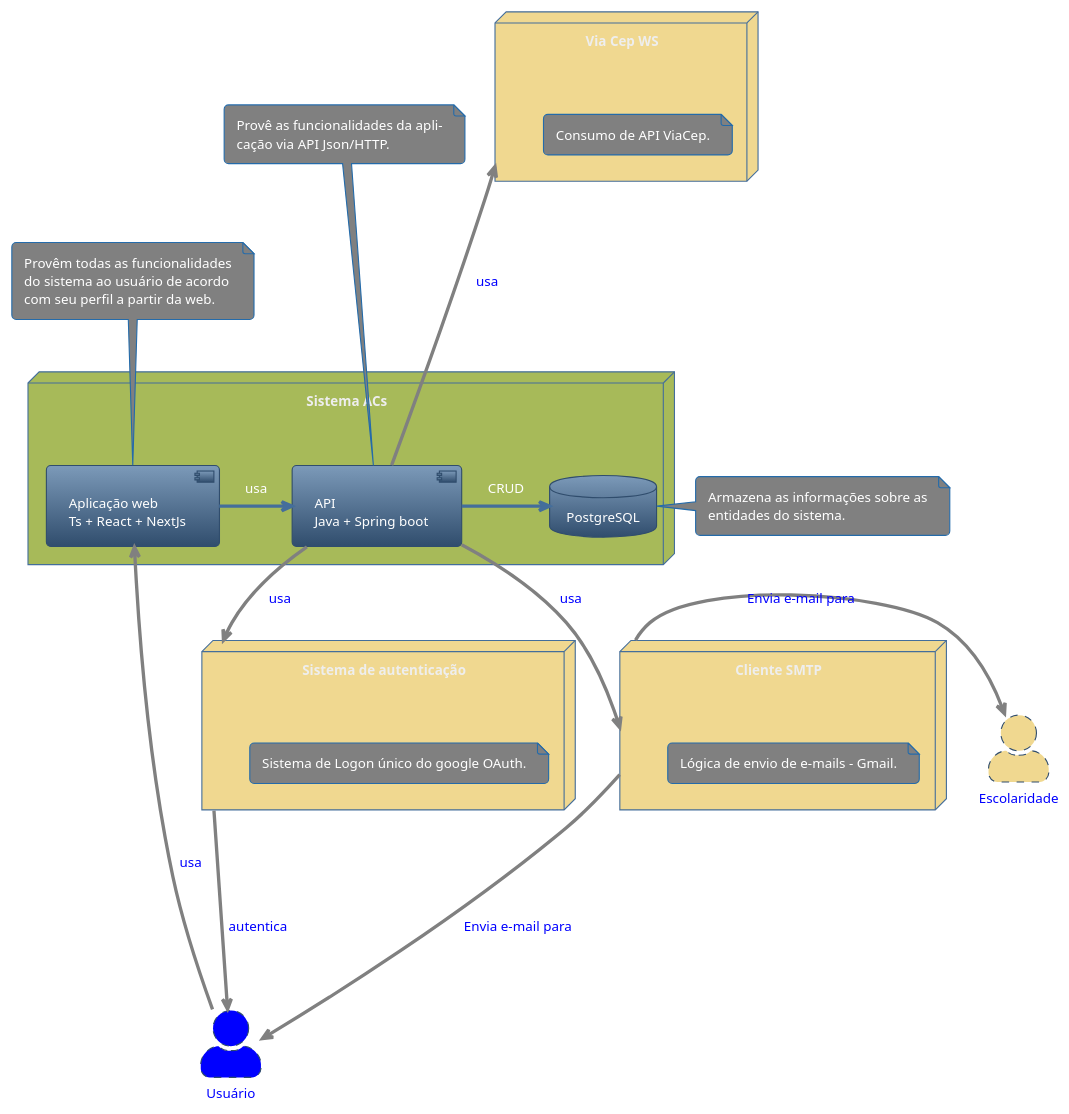
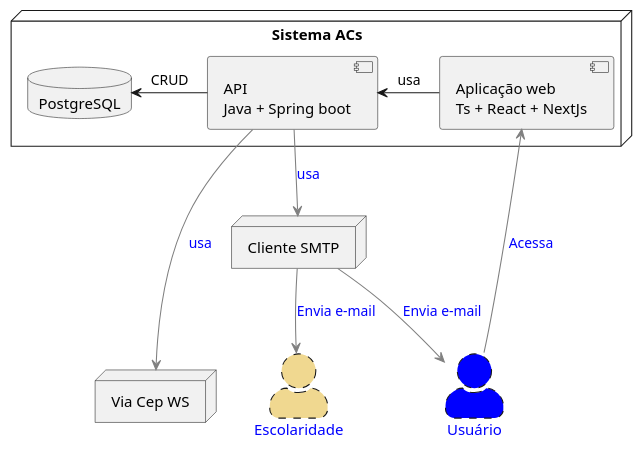
The diagram in docs_source/src/2. Níveis/2.2 Container - C2/diagrama-c2.puml (kvojps/sistema-acs), drawn with PlantUML before and after one commit. The commit also changed 2 other files, not shown here.

Commit message:
[fix]: refactor c2 diagrama

```diff
--- a/docs_source/src/2. Níveis/2.2 Container - C2/diagrama-c2.puml
+++ b/docs_source/src/2. Níveis/2.2 Container - C2/diagrama-c2.puml
@@ -1,63 +1,27 @@
 @startuml Diagrama c2 - container
-!theme spacelab
 skinparam actorStyle awesome
 
-node "Sistema ACs" #a7ba59 {
+node "Sistema ACs"{
     [Aplicação web\nTs + React + NextJs] as front
     [API\nJava + Spring boot] as back
     database "PostgreSQL"
 
-    front -right--> back: usa
-    back -right--> PostgreSQL: CRUD
+    front -left--> back: usa
+    back -left--> PostgreSQL: CRUD
 }
 
-node "Cliente SMTP" as SMTP #f0d890 {
-    note as N0 #Gray
-        Lógica de envio de e-mails - Gmail.
-    end note
+node "Cliente SMTP" as SMTP{
 }
 
-node "Sistema de autenticação" as Auth #f0d890 {
-    note as N1 #Gray
-        Sistema de Logon único do google OAuth.
-    end note
+node "Via Cep WS" as ViaCep{
 }
-
-node "Via Cep WS" as ViaCep #f0d890 {
-    note as N2 #Gray
-        Consumo de API ViaCep.
-    end note
-}
-
-note as front_note #Gray
-    Provêm todas as funcionalidades
-    do sistema ao usuário de acordo
-    com seu perfil a partir da web.
-end note
-
-note as back_note #Gray
-    Provê as funcionalidades da apli-
-    cação via API Json/HTTP.
-end note
-
-note as db_note #Gray
-    Armazena as informações sobre as
-    entidades do sistema.
-end note
-
-front -up-> front_note #line:gray;
-back -up--> back_note #line:gray;
-PostgreSQL -right-> db_note #line:gray;
 
 Actor Usuário #Blue;line.dashed;text:blue
 Actor Escolaridade #f0d890;line.dashed;text:blue
 
-back -down-> Auth #line:gray;text:blue : usa
 back -down-> SMTP #line:gray;text:blue : usa
-back -up--> ViaCep #line:gray;text:blue : usa
-Usuário -up-> front #line:gray;text:blue : usa
-
-Auth -> Usuário #line:gray;text:blue : autentica
-SMTP -down--> Usuário #line:gray;text:blue : Envia e-mail para
-SMTP -right-> Escolaridade #line:gray;text:blue : Envia e-mail para
+back -down--> ViaCep #line:gray;text:blue : usa
+Usuário -up-> front #line:gray;text:blue : Acessa
+SMTP -down-> Usuário #line:gray;text:blue : Envia e-mail
+SMTP -down-> Escolaridade #line:gray;text:blue : Envia e-mail
 @enduml
```
